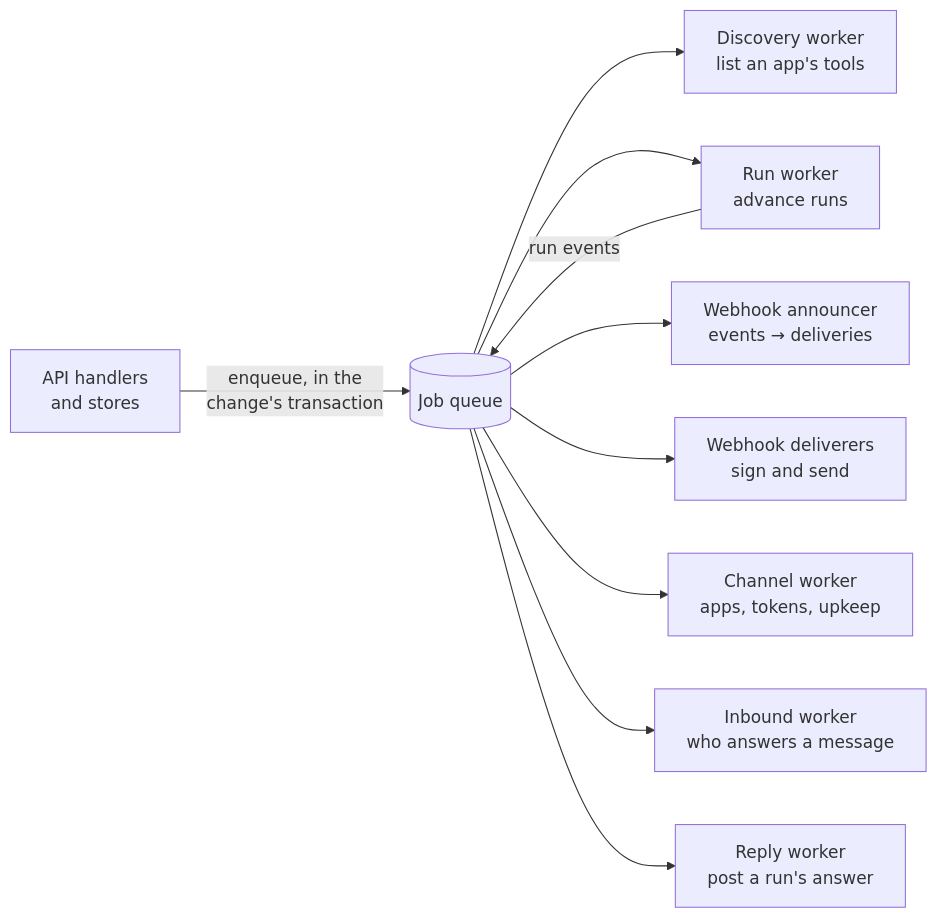
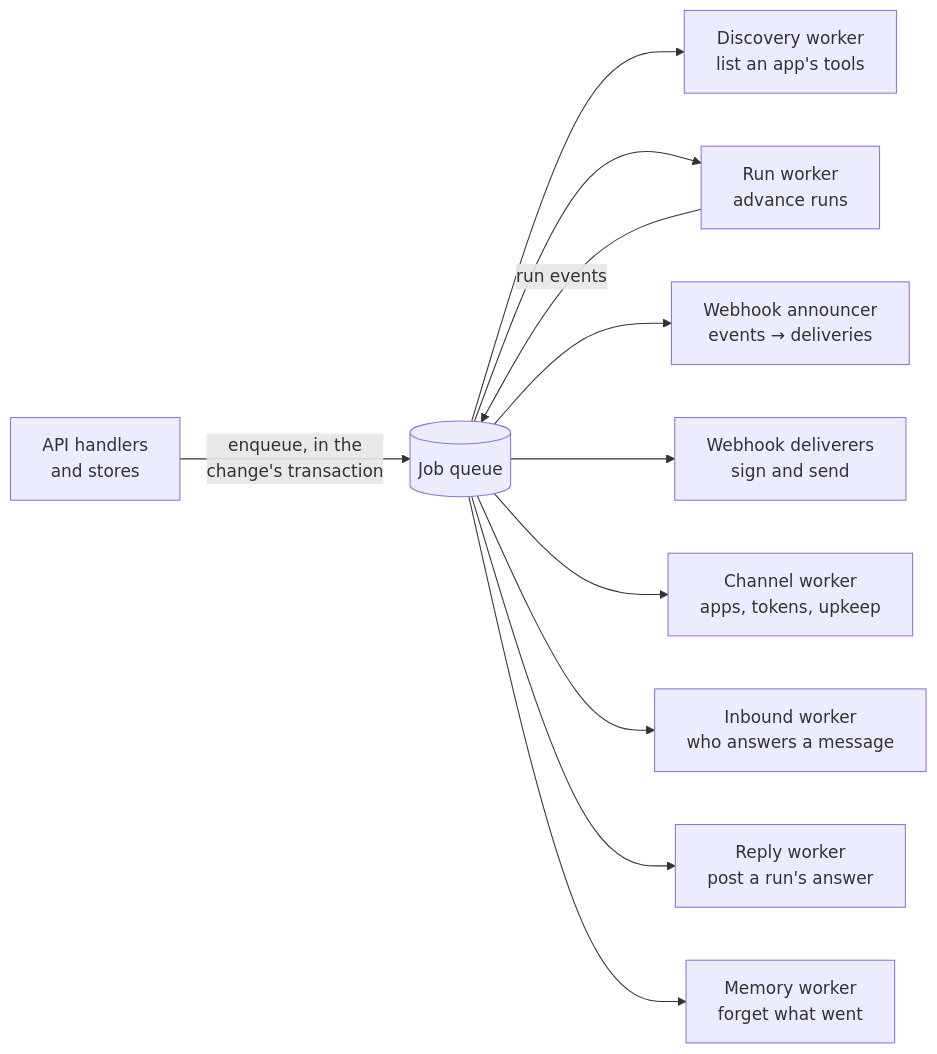
The first of 3 diagrams in apps/docs/src/content/docs/self-hosting/architecture/background-work.mdx (zupflow-hq/zupflow), drawn with Mermaid before and after one commit. The commit also changed other lines of this file and 11 other files, not shown here.

````diff
--- a/apps/docs/src/content/docs/self-hosting/architecture/background-work.mdx
+++ b/apps/docs/src/content/docs/self-hosting/architecture/background-work.mdx
@@ -10,12 +10,13 @@
 ```mermaid
 flowchart LR
     API["API handlers<br/>and stores"] -->|enqueue, in the<br/>change's transaction| Q[("Job queue")]
     Q --> D["Discovery worker<br/>list an app's tools"]
     Q --> R["Run worker<br/>advance runs"]
     Q --> WA["Webhook announcer<br/>events → deliveries"]
     Q --> WD["Webhook deliverers<br/>sign and send"]
     Q --> CP["Channel worker<br/>apps, tokens, upkeep"]
     Q --> CI["Inbound worker<br/>who answers a message"]
     Q --> CR["Reply worker<br/>post a run's answer"]
+    Q --> MF["Memory worker<br/>forget what went"]
     R -->|run events| Q
 ```
````
